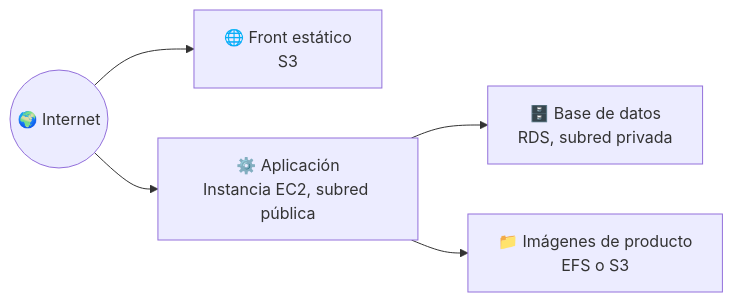
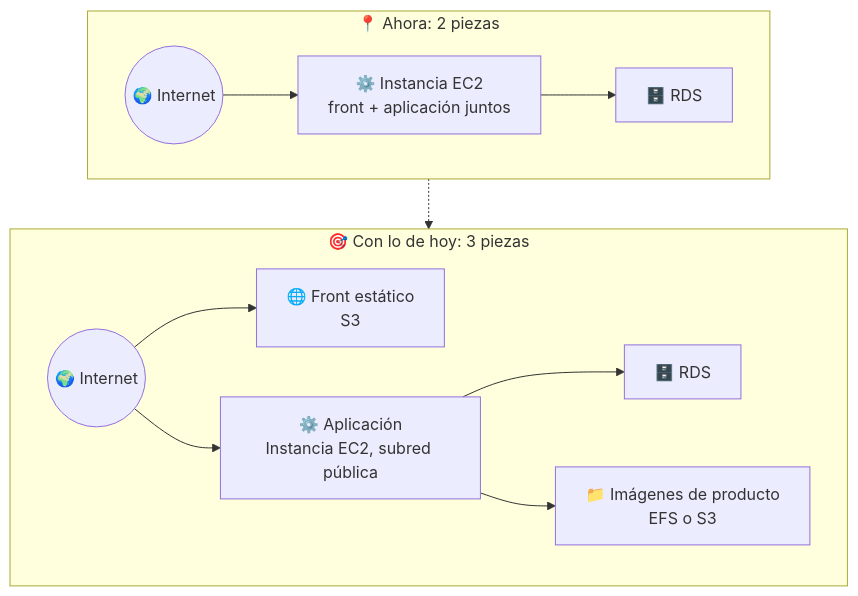
One commit to aitorventura/introduccion-nube changed the first of 4 diagrams in docs/tema3/arquitectura-completa.md. Above: the diagram before and after it, drawn with Mermaid. The commit also changed other lines of this file and 14 other files, not shown here.

````diff
--- a/docs/tema3/arquitectura-completa.md
+++ b/docs/tema3/arquitectura-completa.md
@@ -15,7 +17,16 @@
 ```mermaid
-flowchart LR
-    Internet(("🌍 Internet")) --> Front["🌐 Front estático<br/>S3"]
-    Internet --> App["⚙️ Aplicación<br/>Instancia EC2, subred pública"]
-    App --> DB["🗄️ Base de datos<br/>RDS, subred privada"]
-    App --> Img["📁 Imágenes de producto<br/>EFS o S3"]
+flowchart TD
+    subgraph Ahora["📍 Ahora: 2 piezas"]
+        direction LR
+        I1(("🌍 Internet")) --> EC2A["⚙️ Instancia EC2<br/>front + aplicación juntos"]
+        EC2A --> DBA["🗄️ RDS"]
+    end
+    subgraph Hoy["🎯 Con lo de hoy: 3 piezas"]
+        direction LR
+        I2(("🌍 Internet")) --> Front["🌐 Front estático<br/>S3"]
+        I2 --> App["⚙️ Aplicación<br/>Instancia EC2, subred pública"]
+        App --> DB["🗄️ RDS"]
+        App --> Img["📁 Imágenes de producto<br/>EFS o S3"]
+    end
+    Ahora -.-> Hoy
 ```
````
